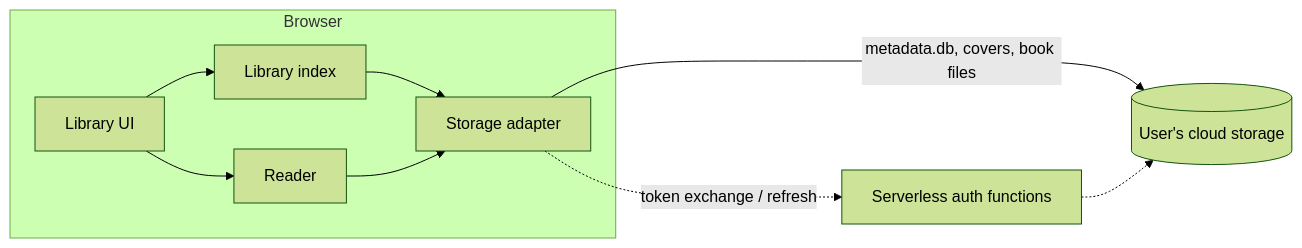
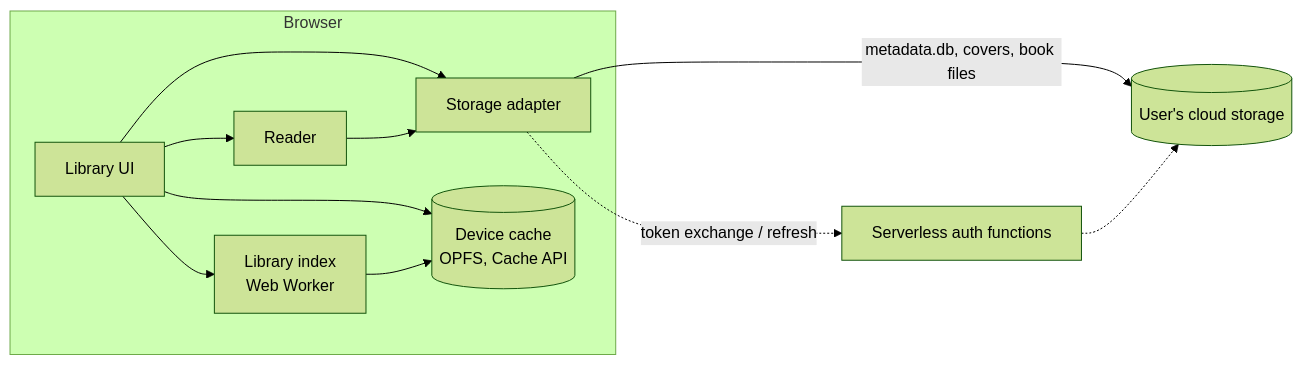
The diagram in docs/hld.md (shitikanth/calibre-cloud), drawn with Mermaid (forest theme) before and after one commit. The commit also changed other lines of this file, not shown here.

Commit message:
docs(hld): describe the adapter, provider boundary, caching and stack as built

````diff
--- a/docs/hld.md
+++ b/docs/hld.md
@@ -27,12 +27,14 @@
 ```mermaid
 flowchart LR
   subgraph Browser
-    UI[Library UI] --> IDX[Library index]
+    UI[Library UI] --> IDX[Library index<br/>Web Worker]
     UI --> RD[Reader]
-    IDX --> SA[Storage adapter]
+    UI --> SA[Storage adapter]
+    UI --> DC[(Device cache<br/>OPFS, Cache API)]
+    IDX --> DC
     RD --> SA
   end
   SA -- metadata.db, covers, book files --> CS[(User's cloud storage)]
   SA -. token exchange / refresh .-> FN[Serverless auth functions]
   FN -.-> CS
 ```
````
